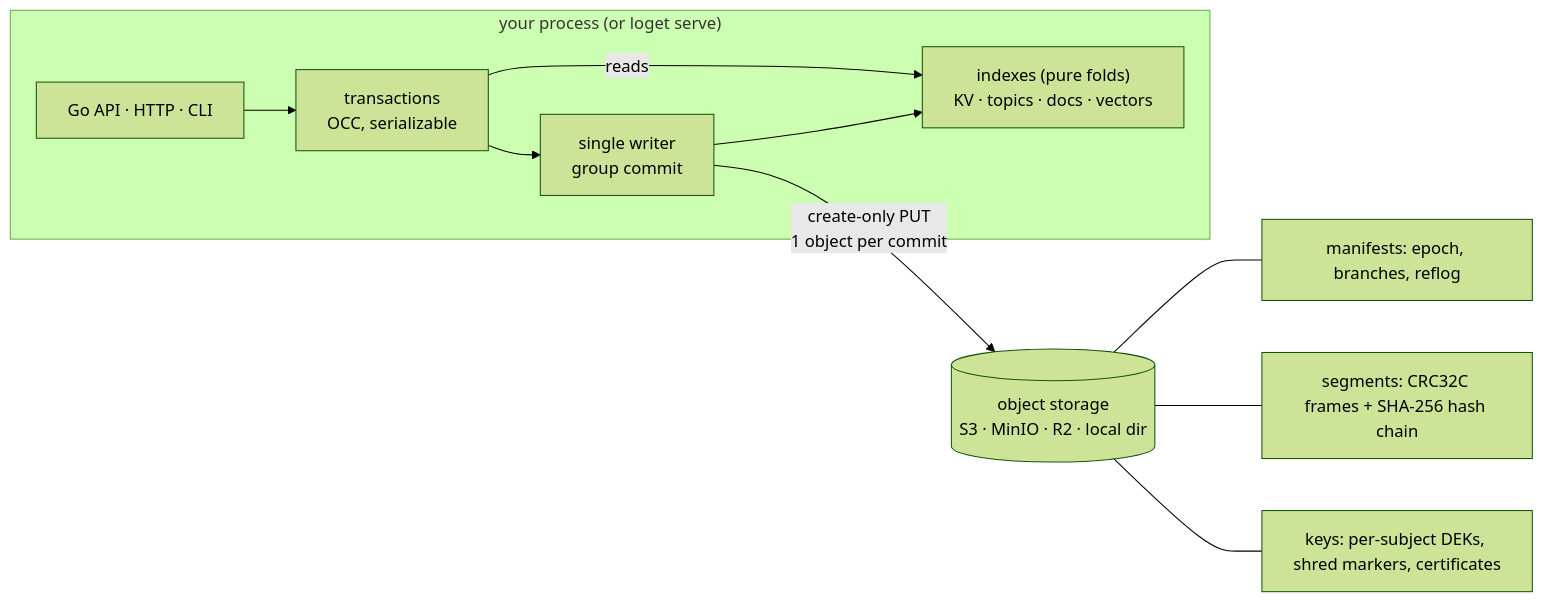
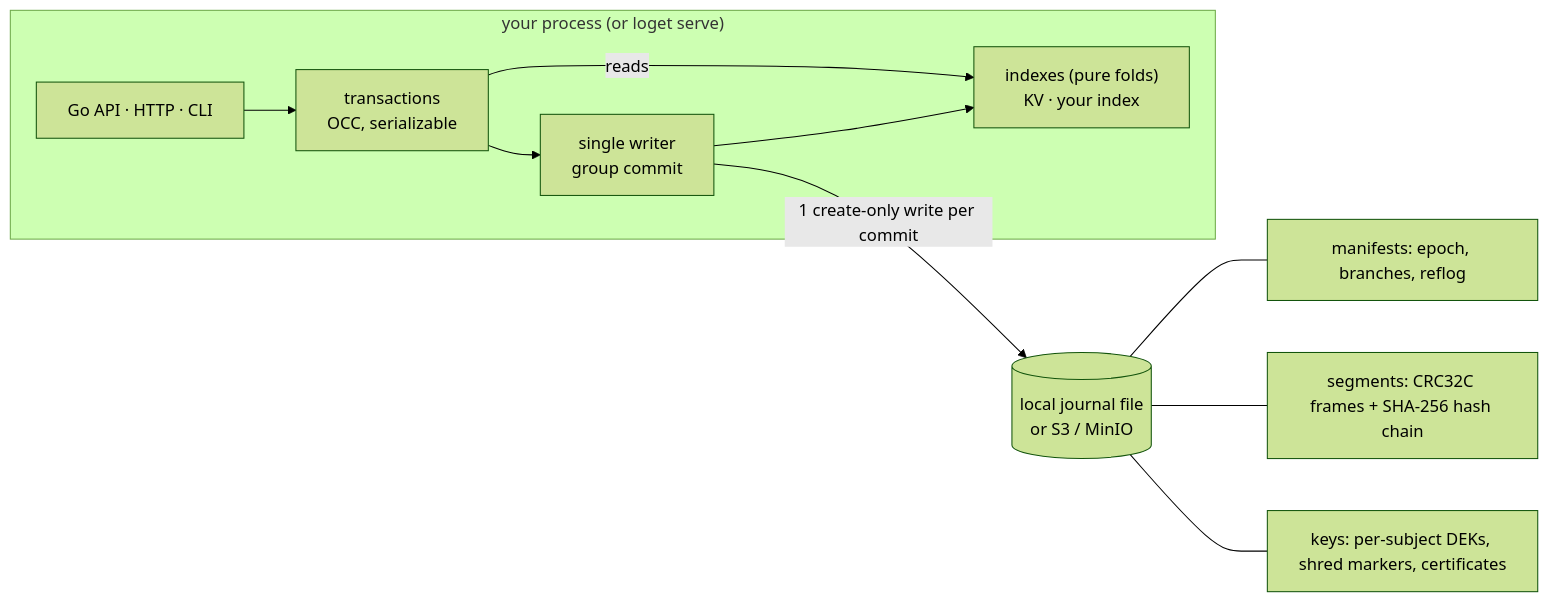
Before and after one commit to raman20/loget: the diagram in README.md, drawn with Mermaid (forest theme). The commit also changed other lines of this file and 64 other files, not shown here.

First line of the commit message:
docs: LogEt branding, KV-first README/site/ROADMAP/PIPELINE, index guide

````diff
--- a/README.md
+++ b/README.md
@@ -328,13 +221,13 @@
 ```mermaid
 flowchart LR
-  subgraph P["your process  (or loget serve)"]
+  subgraph P["your process (or loget serve)"]
     A["Go API · HTTP · CLI"] --> T["transactions<br/>OCC, serializable"]
     T --> W["single writer<br/>group commit"]
-    W --> LZ["indexes (pure folds)<br/>KV · topics · docs · vectors"]
-    T -- reads --> LZ
+    W --> I["indexes (pure folds)<br/>KV · your index"]
+    T -- reads --> I
   end
-  W -- "create-only PUT<br/>1 object per commit" --> S[("object storage<br/>S3 · MinIO · R2 · local dir")]
+  W -- "1 create-only write per commit" --> S[("local journal file<br/>or S3 / MinIO")]
   S --- M["manifests: epoch, branches, reflog"]
   S --- G["segments: CRC32C frames + SHA-256 hash chain"]
   S --- K["keys: per-subject DEKs, shred markers, certificates"]
 ```
````
